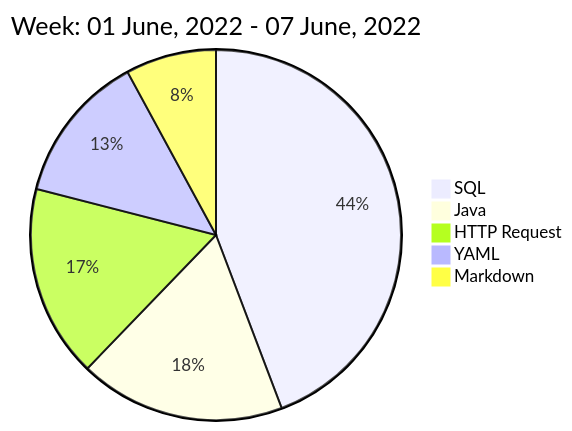
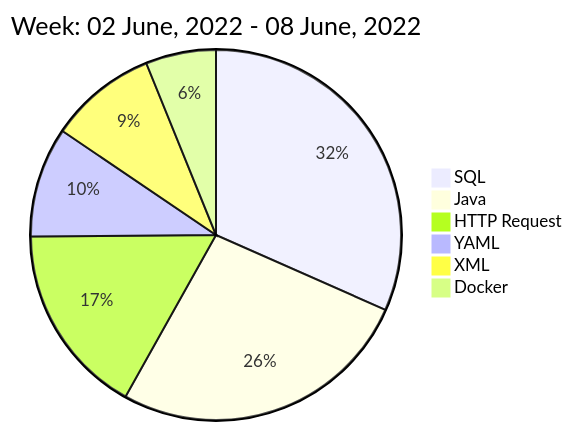
The diagram in README.md (liubin95/liubin95), drawn with Mermaid before and after one commit.

Commit message:
Updated the Graph with new Metrics

````diff
--- a/README.md
+++ b/README.md
@@ -40,9 +40,10 @@
 ```mermaid
  pie
-title Week: 01 June, 2022 - 07 June, 2022
- "SQL" : 5.98
- "Java" : 2.43
- "HTTP Request" : 2.27
- "YAML" : 1.77
- "Markdown" : 1.07
+title Week: 02 June, 2022 - 08 June, 2022
+ "SQL" : 4.38
+ "Java" : 3.67
+ "HTTP Request" : 2.32
+ "YAML" : 1.33
+ "XML" : 1.3
+ "Docker" : 0.85
 ```
````
